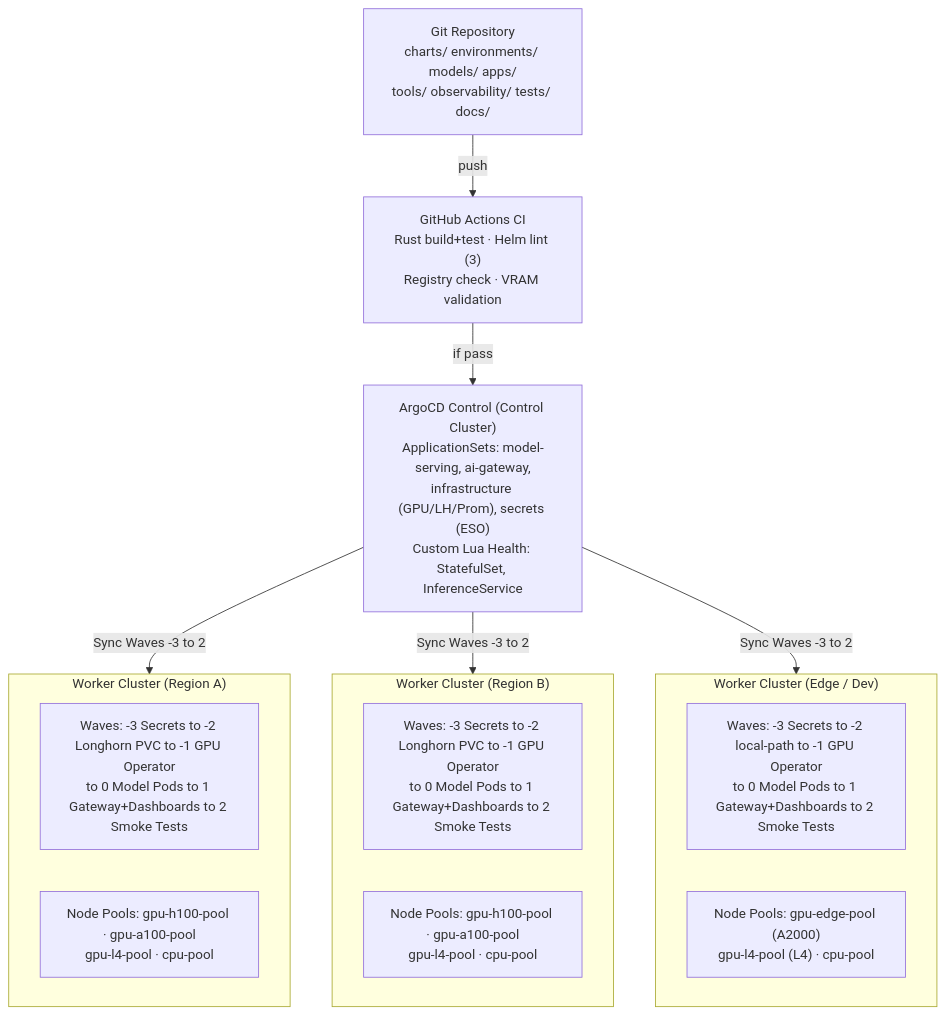
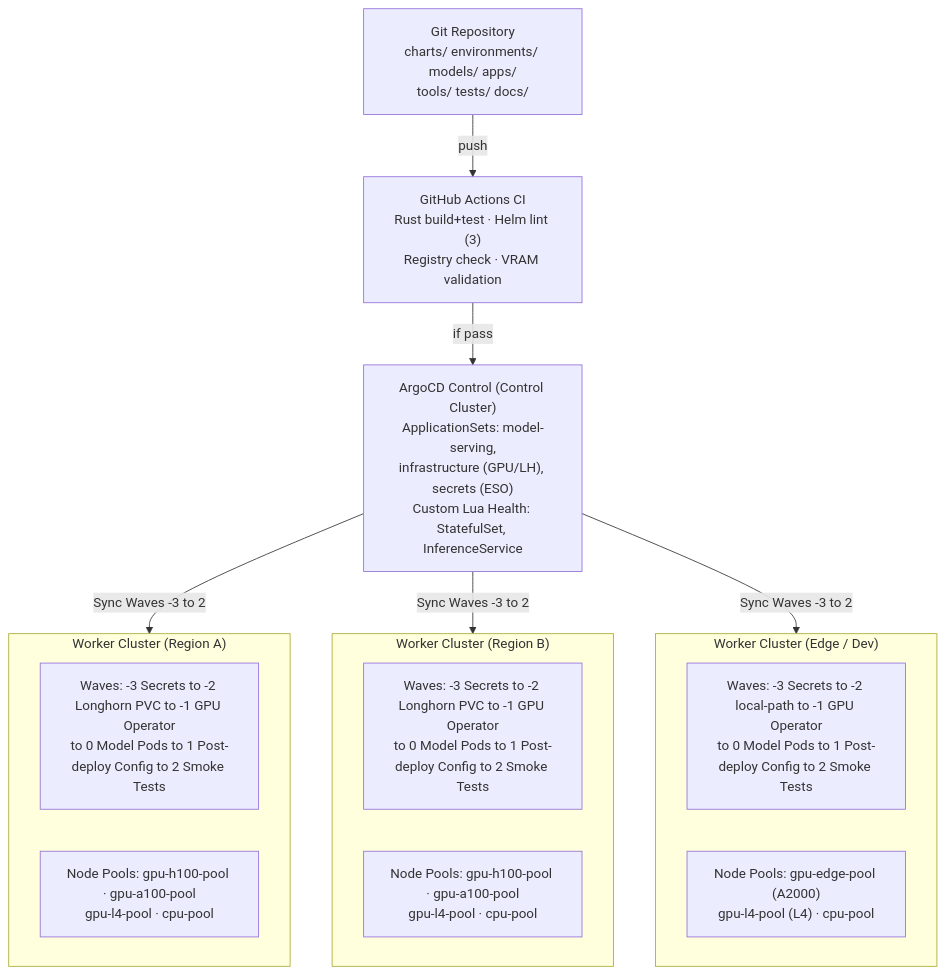
The second of 7 diagrams in README.md (ADORSYS-GIS/Custom-Ai-Ops), drawn with Mermaid before and after one commit. The commit also changed other lines of this file and 111 other files, not shown here.

````diff
--- a/README.md
+++ b/README.md
@@ -165,28 +176,28 @@
 ```mermaid
 graph TB
-    GIT["Git Repository<br/>charts/ environments/ models/ apps/<br/>tools/ observability/ tests/ docs/"]
+    GIT["Git Repository<br/>charts/ environments/ models/ apps/<br/>tools/ tests/ docs/"]
     CI["GitHub Actions CI<br/>Rust build+test · Helm lint (3)<br/>Registry check · VRAM validation"]
-    ARGOCD["ArgoCD Control (Control Cluster)<br/>ApplicationSets: model-serving, ai-gateway,<br/>infrastructure (GPU/LH/Prom), secrets (ESO)<br/>Custom Lua Health: StatefulSet, InferenceService"]
+    ARGOCD["ArgoCD Control (Control Cluster)<br/>ApplicationSets: model-serving,<br/>infrastructure (GPU/LH), secrets (ESO)<br/>Custom Lua Health: StatefulSet, InferenceService"]
 
     GIT -->|push| CI
     CI -->|if pass| ARGOCD
 
     ARGOCD -->|Sync Waves -3 to 2| WA
     ARGOCD -->|Sync Waves -3 to 2| WB
     ARGOCD -->|Sync Waves -3 to 2| WDEV
 
     subgraph WA["Worker Cluster (Region A)"]
-        WA_WAVES["Waves: -3 Secrets to -2 Longhorn PVC to -1 GPU Operator<br/>to 0 Model Pods to 1 Gateway+Dashboards to 2 Smoke Tests"]
+        WA_WAVES["Waves: -3 Secrets to -2 Longhorn PVC to -1 GPU Operator<br/>to 0 Model Pods to 1 Post-deploy Config to 2 Smoke Tests"]
         WA_POOLS["Node Pools: gpu-h100-pool · gpu-a100-pool<br/>gpu-l4-pool · cpu-pool"]
     end
 
     subgraph WB["Worker Cluster (Region B)"]
-        WB_WAVES["Waves: -3 Secrets to -2 Longhorn PVC to -1 GPU Operator<br/>to 0 Model Pods to 1 Gateway+Dashboards to 2 Smoke Tests"]
+        WB_WAVES["Waves: -3 Secrets to -2 Longhorn PVC to -1 GPU Operator<br/>to 0 Model Pods to 1 Post-deploy Config to 2 Smoke Tests"]
         WB_POOLS["Node Pools: gpu-h100-pool · gpu-a100-pool<br/>gpu-l4-pool · cpu-pool"]
     end
 
     subgraph WDEV["Worker Cluster (Edge / Dev)"]
-        WDEV_WAVES["Waves: -3 Secrets to -2 local-path to -1 GPU Operator<br/>to 0 Model Pods to 1 Gateway+Dashboards to 2 Smoke Tests"]
+        WDEV_WAVES["Waves: -3 Secrets to -2 local-path to -1 GPU Operator<br/>to 0 Model Pods to 1 Post-deploy Config to 2 Smoke Tests"]
         WDEV_POOLS["Node Pools: gpu-edge-pool (A2000)<br/>gpu-l4-pool (L4) · cpu-pool"]
     end
 ```
````
